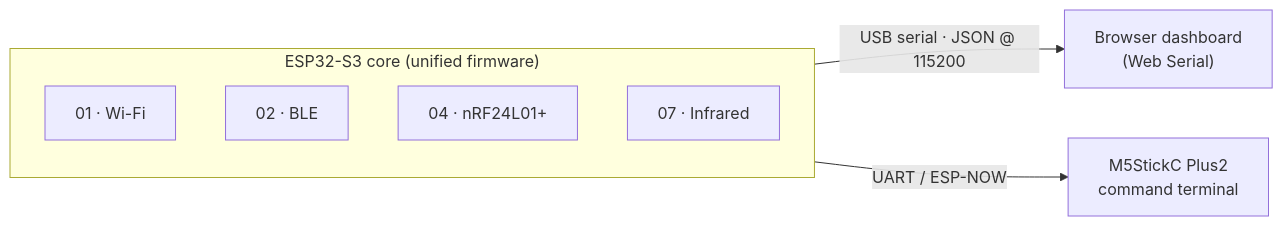
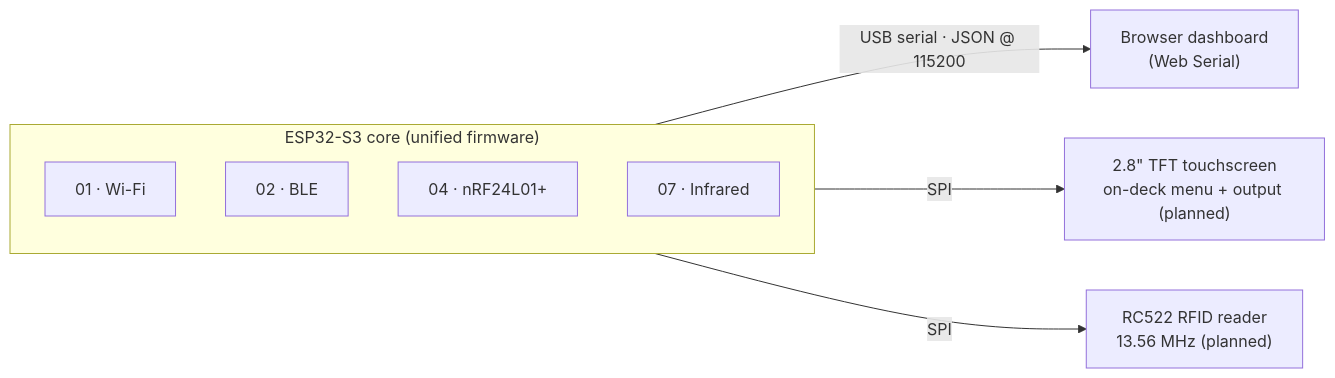
Before and after one commit to 0xjyotir/cyberdeck-esp32s3: the diagram in README.md, drawn with Mermaid. The commit also changed other lines of this file and 7 other files, not shown here.

First line of the commit message:
Swap M5StickC Plus2 for a 2.8in TFT, add RC522 RFID to dashboard and docs

````diff
--- a/README.md
+++ b/README.md
@@ -34,11 +34,12 @@
 ```mermaid
 flowchart LR
     subgraph Deck["ESP32-S3 core (unified firmware)"]
         WIFI["01 · Wi-Fi"]
         BLE["02 · BLE"]
         NRF["04 · nRF24L01+"]
         IR["07 · Infrared"]
     end
     Deck -- "USB serial · JSON @ 115200" --> DASH["Browser dashboard<br/>(Web Serial)"]
-    Deck -- "UART / ESP-NOW" --> M5["M5StickC Plus2<br/>command terminal"]
+    Deck -- "SPI" --> TFT["2.8&quot; TFT touchscreen<br/>on-deck menu + output (planned)"]
+    Deck -- "SPI" --> RFID["RC522 RFID reader<br/>13.56 MHz (planned)"]
 ```
````
